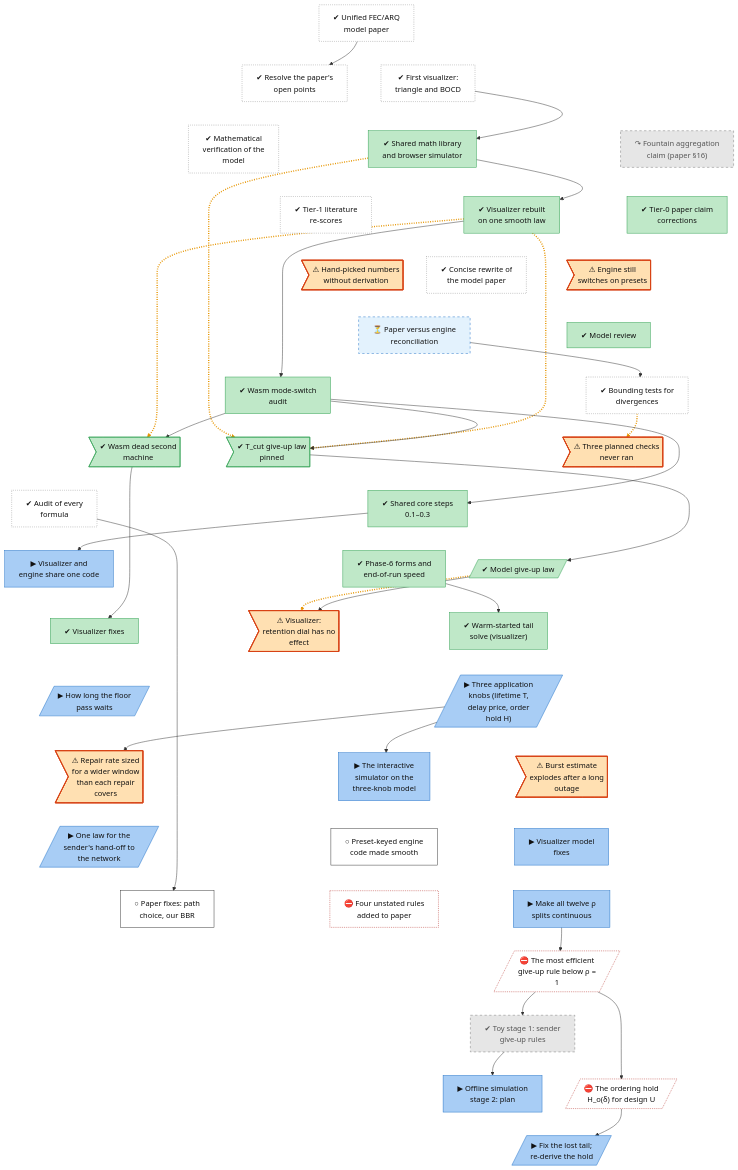
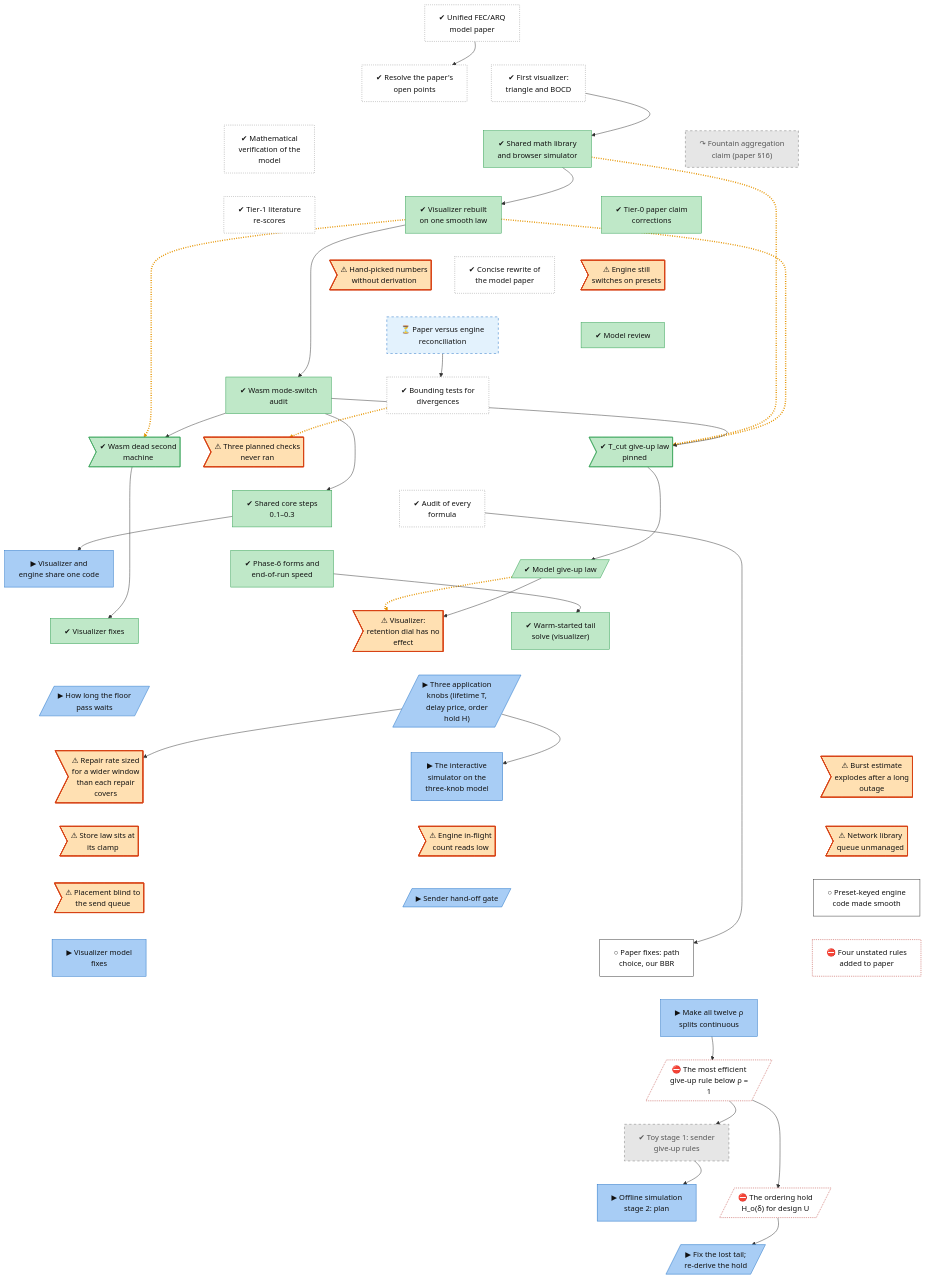
Before and after one commit to lhns/raptorpath: the diagram in docs/roadmap/tracks/model.md, drawn with Mermaid. The commit also changed other lines of this file and 2 other files, not shown here.

Commit message:
roadmap: sender hand-off gate (revised law), mid-price check, four defect nodes from the bbr48b ledgers

```diff
--- a/docs/roadmap/tracks/model.md
+++ b/docs/roadmap/tracks/model.md
@@ -41,7 +41,11 @@
     model_defect_rate_vs_span>"⚠ Repair rate sized<br/>for a wider window<br/>than each repair<br/>covers"]
     model_viz_three_knobs["▶ The interactive<br/>simulator on the<br/>three-knob model"]
     model_defect_ge_after_outage>"⚠ Burst estimate<br/>explodes after a long<br/>outage"]
-    model_sender_queue_law[/"▶ One law for the<br/>sender's hand-off to<br/>the network"/]
+    model_defect_store_law_constant>"⚠ Store law sits at<br/>its clamp"]
+    model_defect_inflight_count>"⚠ Engine in-flight<br/>count reads low"]
+    model_defect_quinn_queue>"⚠ Network library<br/>queue unmanaged"]
+    model_defect_placement_blind>"⚠ Placement blind to<br/>the send queue"]
+    model_sender_queue_law[/"▶ Sender hand-off gate"/]
     model_fix_hint_keyed_paths["○ Preset-keyed engine<br/>code made smooth"]
     model_wasm_fixes["▶ Visualizer model<br/>fixes"]
     model_fix_paper_p2["○ Paper fixes: path<br/>choice, our BBR"]
@@ -86,14 +90,18 @@
     model_floor_hold ~~~ model_defect_rate_vs_span
     model_three_knobs ~~~ model_viz_three_knobs
     model_three_knobs ~~~ model_defect_ge_after_outage
-    model_defect_rate_vs_span ~~~ model_sender_queue_law
-    model_viz_three_knobs ~~~ model_fix_hint_keyed_paths
-    model_defect_ge_after_outage ~~~ model_wasm_fixes
+    model_defect_rate_vs_span ~~~ model_defect_store_law_constant
+    model_viz_three_knobs ~~~ model_defect_inflight_count
+    model_defect_ge_after_outage ~~~ model_defect_quinn_queue
+    model_defect_store_law_constant ~~~ model_defect_placement_blind
+    model_defect_inflight_count ~~~ model_sender_queue_law
+    model_defect_quinn_queue ~~~ model_fix_hint_keyed_paths
+    model_defect_placement_blind ~~~ model_wasm_fixes
     model_sender_queue_law ~~~ model_fix_paper_p2
     model_fix_hint_keyed_paths ~~~ model_fix_paper_p3
     model_wasm_fixes ~~~ model_rho_step_sites
-    model_fix_paper_p2 ~~~ model_skip_rule_efficiency
-    model_fix_paper_p3 ~~~ model_skip_rule_efficiency
+    model_fix_paper_p2 ~~~ model_rho_step_sites
+    model_fix_paper_p3 ~~~ model_rho_step_sites
     model_rho_step_sites ~~~ model_skip_rule_efficiency
     model_skip_rule_efficiency ~~~ model_toy_stage1
     model_toy_stage1 ~~~ model_toy_stage2_plan
@@ -126,7 +134,7 @@
     model_toy_stage1 --> model_toy_stage2_plan
     model_skip_rule_efficiency --> model_ordering_hold
     model_ordering_hold --> model_tail_and_hold
-    linkStyle 50,52,53,55,62 stroke:#e69500,stroke-width:3px,stroke-dasharray:2 3
+    linkStyle 54,56,57,59,66 stroke:#e69500,stroke-width:3px,stroke-dasharray:2 3
     classDef vsucc fill:#2e9e4f,stroke:#1b6b34,color:#fff
     classDef succ fill:#bfe8c8,stroke:#2e9e4f,color:#111
     classDef mixed fill:#ffd37a,stroke:#c98a00,color:#111
@@ -144,7 +152,7 @@
     class model_paper_v1,model_open_points,model_visualizer_v1,model_math_verification,model_tier1_rescores,model_paper_rewrite,model_bound_tests,model_law_ledger unrated
     class model_wasm_l0,model_vis_continuum,model_tier0_corrections,model_review_37,model_wasm_audit,model_defect_tcut,model_defect_dead_machine,model_shared_core_0,model_endspeed,model_giveup_law,model_viz_fix,model_warm_start succ
     class model_s16_fountain,model_toy_stage1 dead
-    class model_mode_switch_debts,model_open_constants,model_bound_tests_unrun,model_defect_rho_inert,model_defect_rate_vs_span,model_defect_ge_after_outage finding
+    class model_mode_switch_debts,model_open_constants,model_bound_tests_unrun,model_defect_rho_inert,model_defect_rate_vs_span,model_defect_ge_after_outage,model_defect_store_law_constant,model_defect_inflight_count,model_defect_quinn_queue,model_defect_placement_blind finding
     class model_paper_recon waiting
     class model_shared_core,model_floor_hold,model_three_knobs,model_viz_three_knobs,model_sender_queue_law,model_wasm_fixes,model_rho_step_sites,model_toy_stage2_plan,model_tail_and_hold inprog
     class model_fix_hint_keyed_paths,model_fix_paper_p2 next
```
